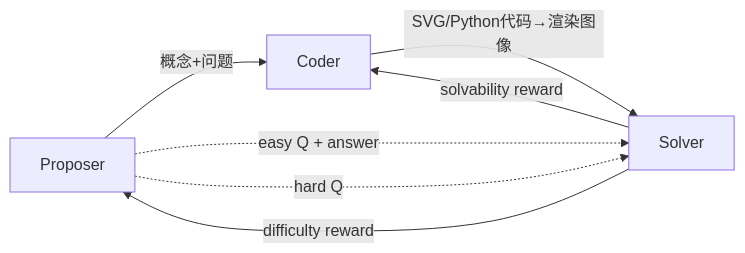
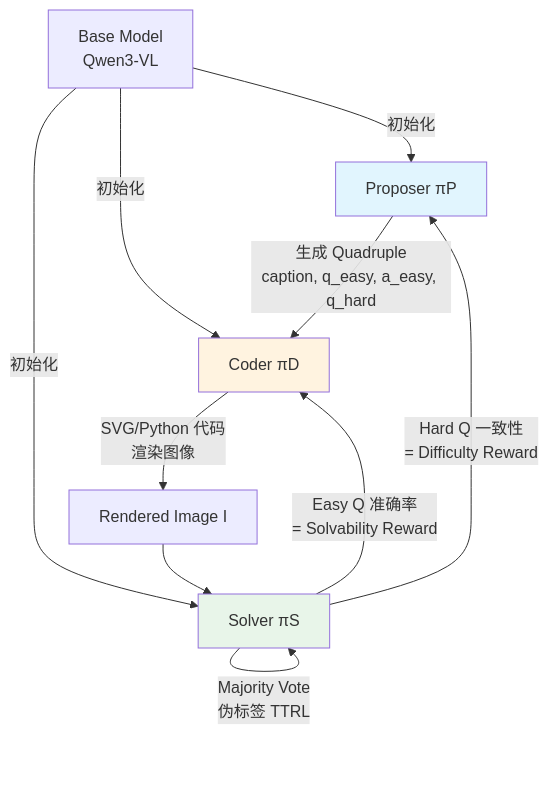
One commit to DongDongBear/Lighthouse changed the diagram in src/content/docs/ai-research/llm-research/paper-read/mm-zero-self-evolving-vlm-zero-data.md. Above: the diagram before and after it, drawn with Mermaid. The commit also changed other lines of this file and 3 other files, not shown here.

````diff
--- a/src/content/docs/ai-research/llm-research/paper-read/mm-zero-self-evolving-vlm-zero-data.md
+++ b/src/content/docs/ai-research/llm-research/paper-read/mm-zero-self-evolving-vlm-zero-data.md
@@ -39,9 +33,17 @@
 ```mermaid
-graph LR
-    P[Proposer] -->|概念+问题| C[Coder]
-    C -->|SVG/Python代码→渲染图像| S[Solver]
-    S -->|difficulty reward| P
-    S -->|solvability reward| C
-    P -.->|easy Q + answer| S
-    P -.->|hard Q| S
+graph TD
+    A[Base Model<br/>Qwen3-VL] -->|初始化| B[Proposer πP]
+    A -->|初始化| C[Coder πD]
+    A -->|初始化| D[Solver πS]
+    
+    B -->|生成 Quadruple<br/>caption, q_easy, a_easy, q_hard| C
+    C -->|SVG/Python 代码<br/>渲染图像| E[Rendered Image I]
+    E --> D
+    D -->|Easy Q 准确率<br/>= Solvability Reward| C
+    D -->|Hard Q 一致性<br/>= Difficulty Reward| B
+    D -->|Majority Vote<br/>伪标签 TTRL| D
+    
+    style B fill:#e1f5fe
+    style C fill:#fff3e0
+    style D fill:#e8f5e9
 ```
````
